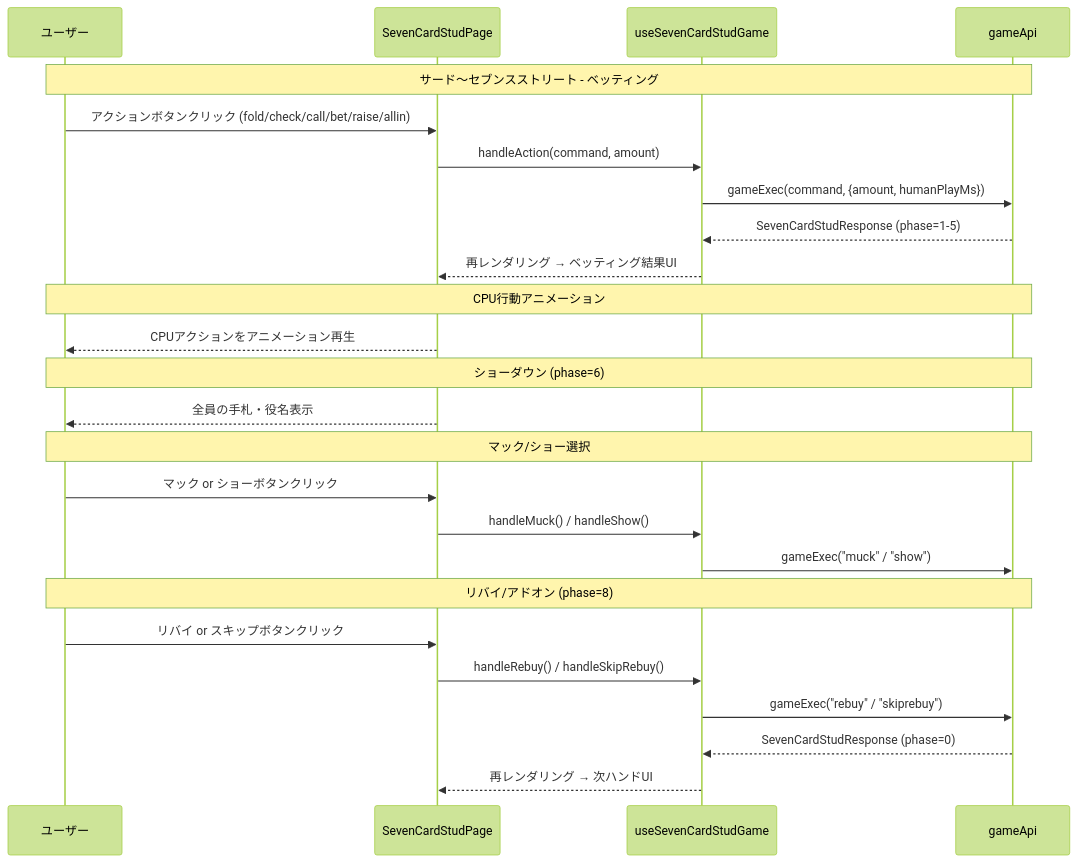
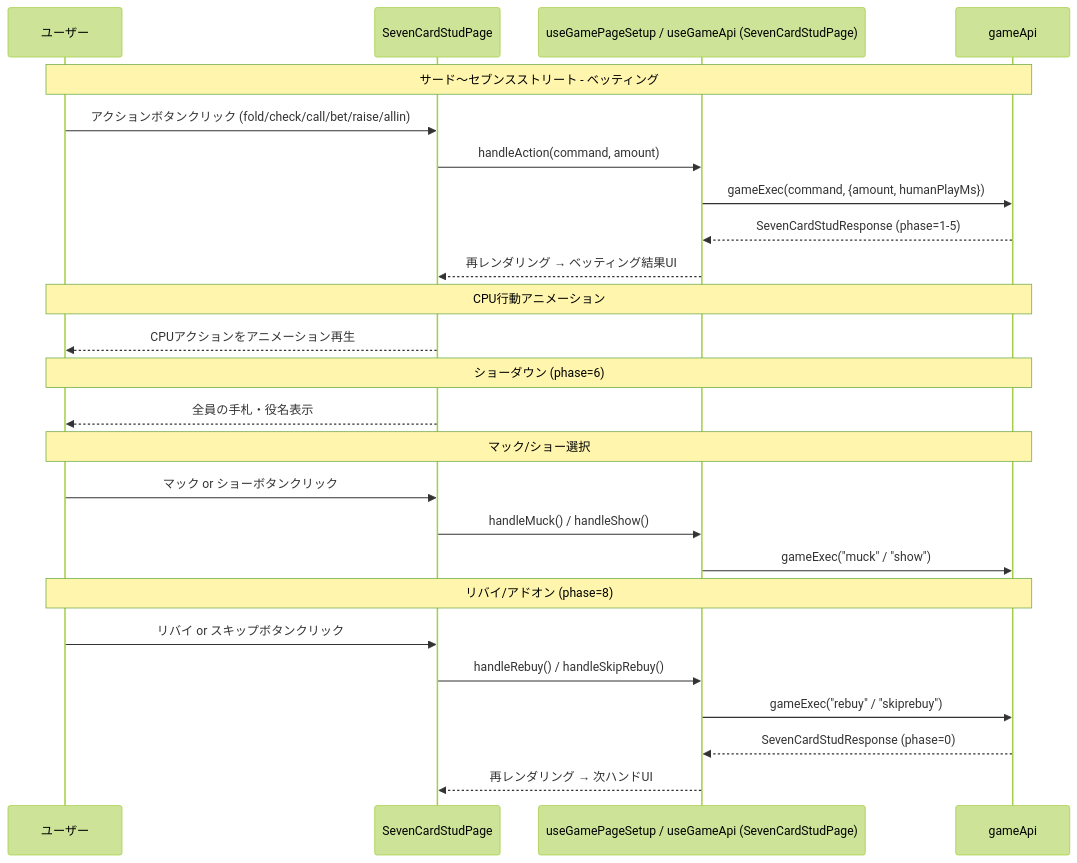
One commit to yuta-yoshinaga/go_trumpcards changed diagram 24 of 49 in docs/design/frontend.md. Above: the diagram before and after it, drawn with Mermaid (forest theme). The commit also changed other lines of this file and 11 other files, not shown here.

````diff
--- a/docs/design/frontend.md
+++ b/docs/design/frontend.md
@@ -2545,32 +2550,32 @@
 ```mermaid
 sequenceDiagram
     participant User as ユーザー
     participant Page as SevenCardStudPage
-    participant Hook as useSevenCardStudGame
+    participant Hook as useGamePageSetup / useGameApi (SevenCardStudPage)
     participant API as gameApi
 
     Note over User,API: サード～セブンスストリート - ベッティング
     User->>Page: アクションボタンクリック (fold/check/call/bet/raise/allin)
     Page->>Hook: handleAction(command, amount)
     Hook->>API: gameExec(command, {amount, humanPlayMs})
     API-->>Hook: SevenCardStudResponse (phase=1-5)
     Hook-->>Page: 再レンダリング → ベッティング結果UI
 
     Note over User,API: CPU行動アニメーション
     Page-->>User: CPUアクションをアニメーション再生
 
     Note over User,API: ショーダウン (phase=6)
     Page-->>User: 全員の手札・役名表示
 
     Note over User,API: マック/ショー選択
     User->>Page: マック or ショーボタンクリック
     Page->>Hook: handleMuck() / handleShow()
     Hook->>API: gameExec("muck" / "show")
 
     Note over User,API: リバイ/アドオン (phase=8)
     User->>Page: リバイ or スキップボタンクリック
     Page->>Hook: handleRebuy() / handleSkipRebuy()
     Hook->>API: gameExec("rebuy" / "skiprebuy")
     API-->>Hook: SevenCardStudResponse (phase=0)
     Hook-->>Page: 再レンダリング → 次ハンドUI
 ```
````
